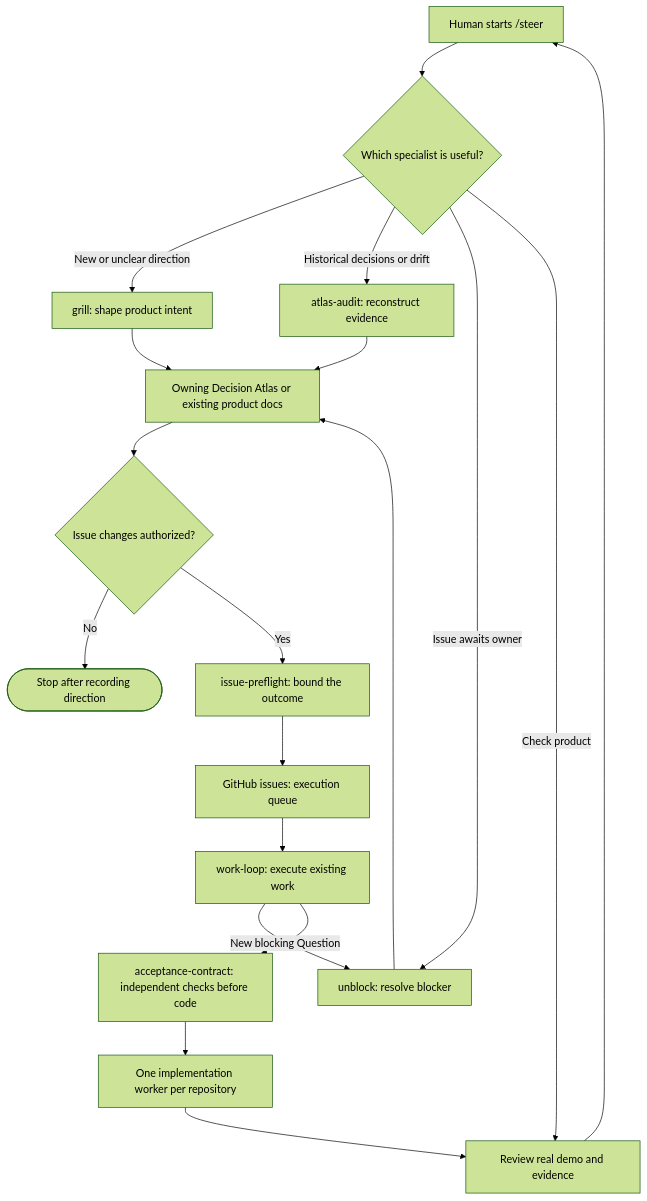
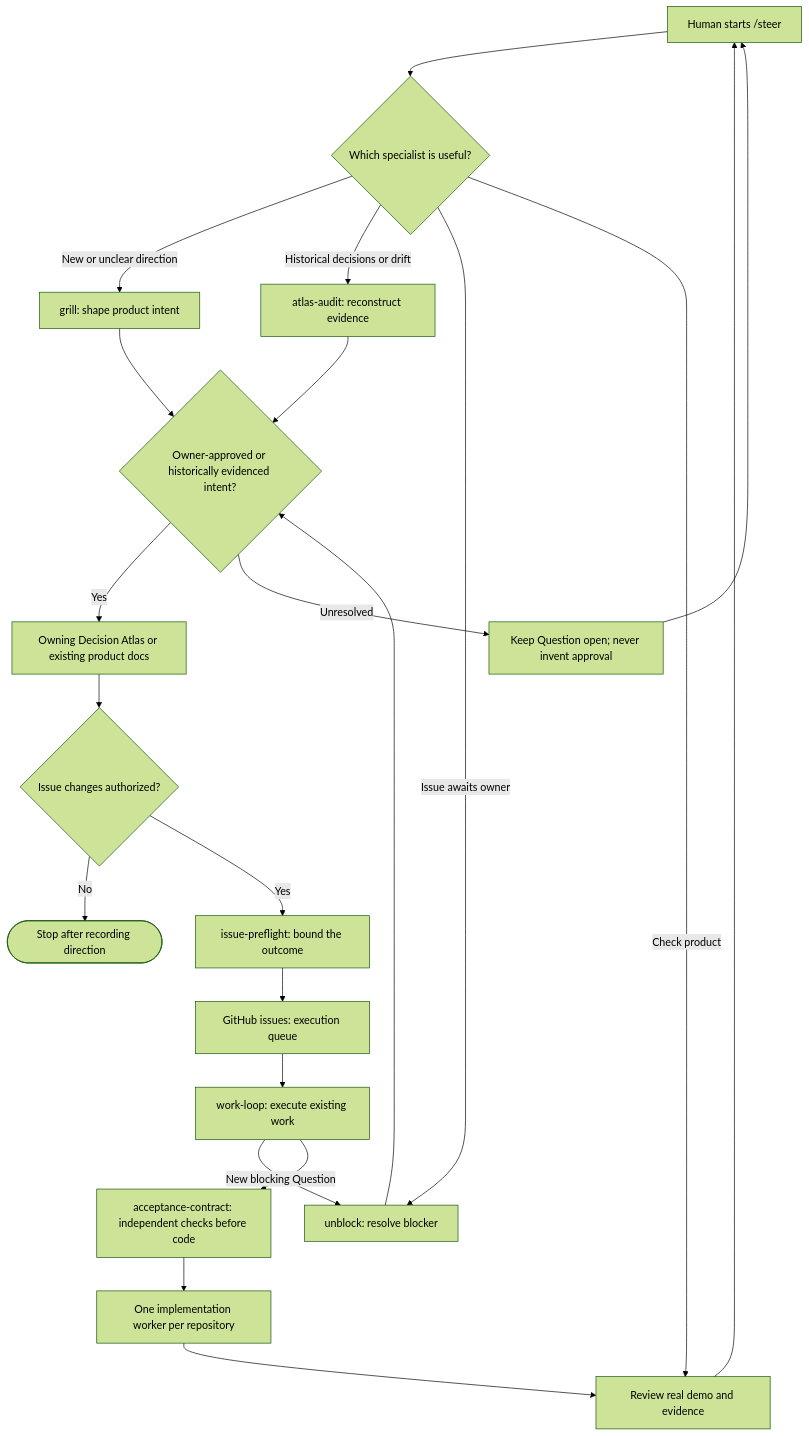
The second of 4 diagrams in docs/human-steering-flowcharts.md (moritzbrantner/dotfiles), drawn with Mermaid (forest theme) before and after one commit. The commit also changed other lines of this file, not shown here.

Commit message:
docs: show human approval boundary before Atlas changes

````diff
--- a/docs/human-steering-flowcharts.md
+++ b/docs/human-steering-flowcharts.md
@@ -48,21 +48,24 @@
 ```mermaid
 flowchart TD
     HUMAN["Human starts /steer"] --> ROUTE{"Which specialist is useful?"}
     ROUTE -->|New or unclear direction| GRILL["grill: shape product intent"]
     ROUTE -->|Historical decisions or drift| AUDIT["atlas-audit: reconstruct evidence"]
     ROUTE -->|Issue awaits owner| UNBLOCK["unblock: resolve blocker"]
     ROUTE -->|Check product| VERIFY["Review real demo and evidence"]
-    GRILL --> ATLAS["Owning Decision Atlas or existing product docs"]
-    AUDIT --> ATLAS
-    UNBLOCK --> ATLAS
+    GRILL --> APPROVAL{"Owner-approved or historically evidenced intent?"}
+    AUDIT --> APPROVAL
+    UNBLOCK --> APPROVAL
+    APPROVAL -->|Yes| ATLAS["Owning Decision Atlas or existing product docs"]
+    APPROVAL -->|Unresolved| QUESTION["Keep Question open; never invent approval"]
+    QUESTION --> HUMAN
     VERIFY --> HUMAN
     ATLAS --> AUTHORIZE{"Issue changes authorized?"}
     AUTHORIZE -->|No| END(["Stop after recording direction"])
     AUTHORIZE -->|Yes| PREF["issue-preflight: bound the outcome"]
     PREF --> ISSUES["GitHub issues: execution queue"]
     ISSUES --> LOOP["work-loop: execute existing work"]
     LOOP -->|New blocking Question| UNBLOCK
     LOOP --> CONTRACT["acceptance-contract: independent checks before code"]
     CONTRACT --> BUILD["One implementation worker per repository"]
     BUILD --> VERIFY
 ```
````
